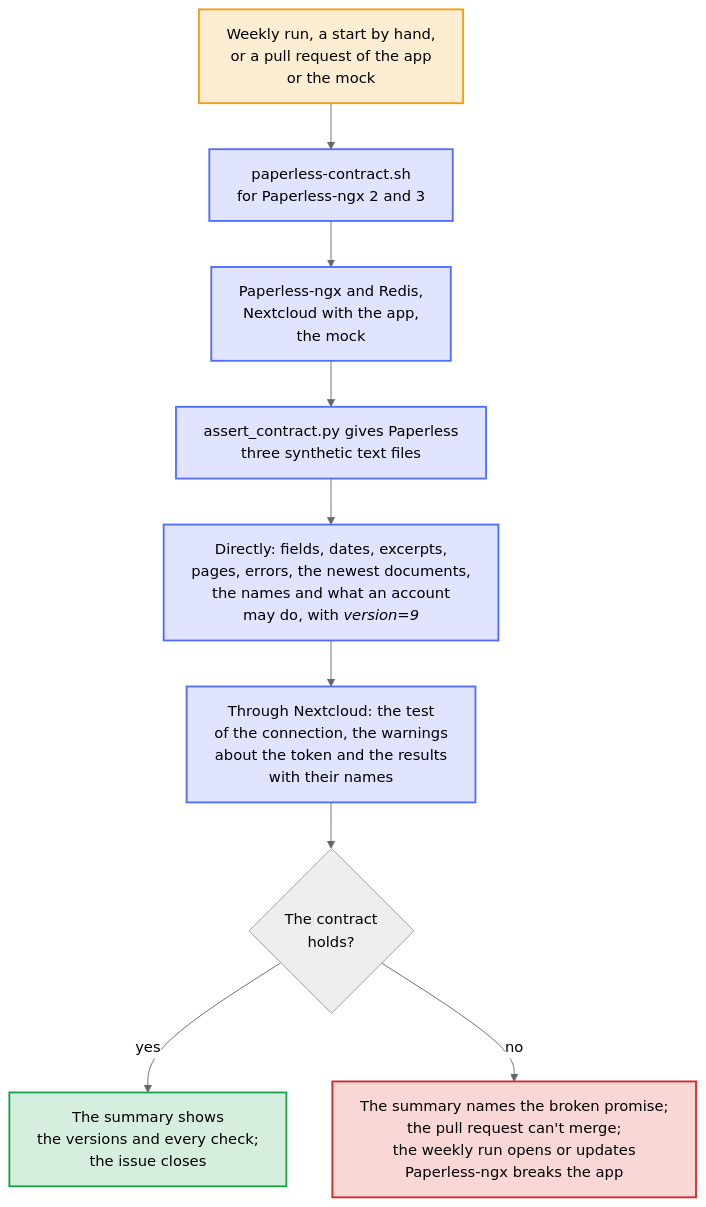
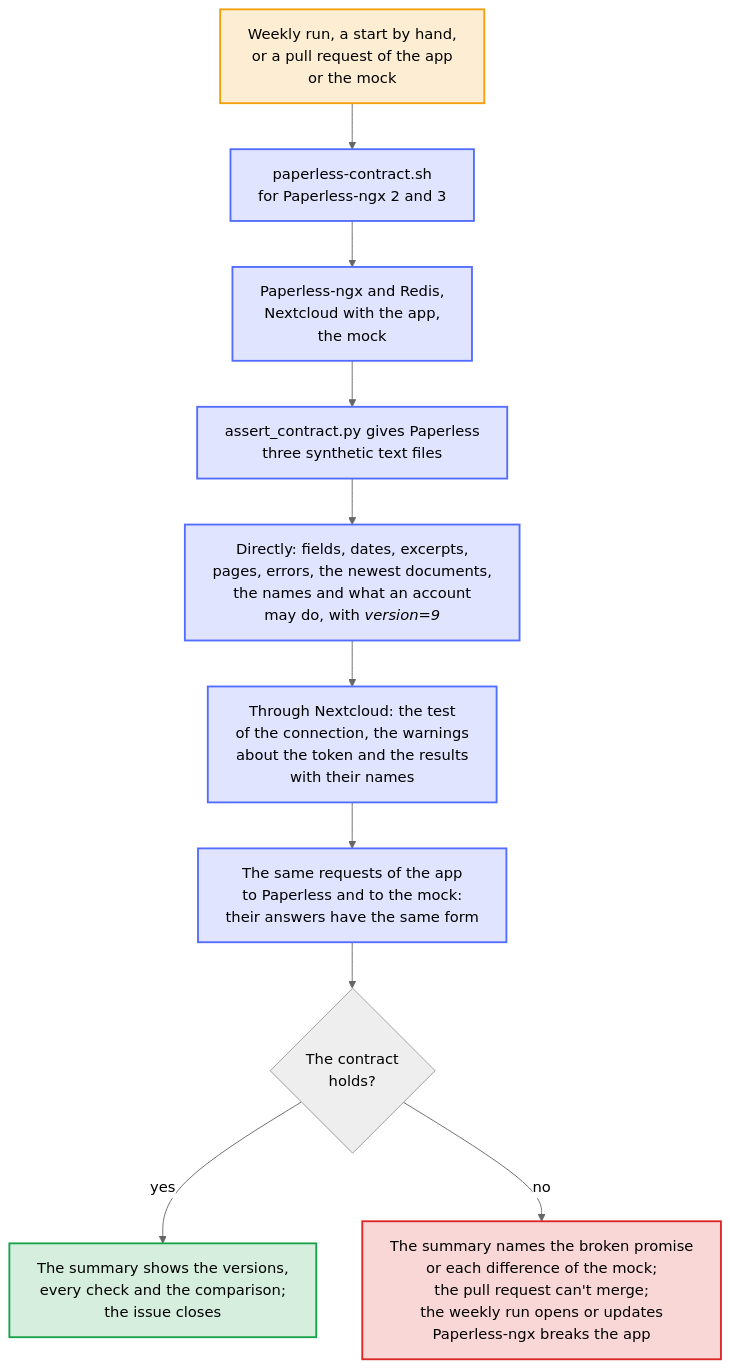
One commit to Dennis-Otto/paperless-unified-search changed the diagram in docs/diagrams/the-contract-with-paperless.mmd. Above: the diagram before and after it, drawn with Mermaid (neutral theme). The commit also changed 15 other files, not shown here.

First line of the commit message:
test(e2e): compare the Paperless mock with real Paperless-ngx in every contract run (#281)

```diff
--- a/docs/diagrams/the-contract-with-paperless.mmd
+++ b/docs/diagrams/the-contract-with-paperless.mmd
@@ -1,31 +1,32 @@
 ---
 config:
   flowchart:
     wrappingWidth: 400
 ---
 flowchart TB
     accTitle: The contract with a real Paperless-ngx
-    accDescr: Every Monday, when started by hand, and in a pull request that changes the app or the mock, the job paperless runs paperless-contract.sh for Paperless-ngx 2 and 3. It starts that Paperless with Redis, Nextcloud with the app and the mock, and assert_contract.py gives Paperless three synthetic text files. Then it checks, with the version of the API and the fields that the app asks for, the fields, dates, excerpts, pages and errors, the newest documents, the names of correspondents, types and tags and what /api/ui_settings/ says an account may do directly, and the test of the connection, the warnings about the token and the results with their names through Nextcloud. The summary of the job shows the versions and every check. A broken contract fails the required check, so the pull request can't merge; a failed weekly run opens or updates the issue Paperless-ngx breaks the app, and a run that passes closes it.
+    accDescr: Every Monday, when started by hand, and in a pull request that changes the app or the mock, the job paperless runs paperless-contract.sh for Paperless-ngx 2 and 3. It starts that Paperless with Redis, Nextcloud with the app and the mock, and assert_contract.py gives Paperless three synthetic text files. Then it checks, with the version of the API and the fields that the app asks for, the fields, dates, excerpts, pages and errors, the newest documents, the names of correspondents, types and tags and what /api/ui_settings/ says an account may do directly, and the test of the connection, the warnings about the token and the results with their names through Nextcloud. Then it sends the requests of the app to this Paperless and to the mock, whose answers have to have the same form. The summary of the job shows the versions, every check and every difference of the mock. A broken contract fails the required check, so the pull request can't merge; a failed weekly run opens or updates the issue Paperless-ngx breaks the app, and a run that passes closes it.
 
     trigger["Weekly run, a start by hand,<br>or a pull request of the app<br>or the mock"]
     script["paperless-contract.sh<br>for Paperless-ngx 2 and 3"]
     start["Paperless-ngx and Redis,<br>Nextcloud with the app,<br>the mock"]
     seed["assert_contract.py gives Paperless<br>three synthetic text files"]
     direct["`Directly: fields, dates, excerpts,<br>pages, errors, the newest documents,<br>the names and what an account<br>may do, with *version=9*`"]
     through["Through Nextcloud: the test<br>of the connection, the warnings<br>about the token and the results<br>with their names"]
+    mock["The same requests of the app<br>to Paperless and to the mock:<br>their answers have the same form"]
     holds{"The contract<br>holds?"}
-    passed["The summary shows<br>the versions and every check;<br>the issue closes"]
-    failed["The summary names the broken promise;<br>the pull request can't merge;<br>the weekly run opens or updates<br>Paperless-ngx breaks the app"]
+    passed["The summary shows the versions,<br>every check and the comparison;<br>the issue closes"]
+    failed["The summary names the broken promise<br>or each difference of the mock;<br>the pull request can't merge;<br>the weekly run opens or updates<br>Paperless-ngx breaks the app"]
 
-    trigger --> script --> start --> seed --> direct --> through --> holds
+    trigger --> script --> start --> seed --> direct --> through --> mock --> holds
     holds -- "yes" --> passed
     holds -- "no" --> failed
 
     classDef person fill:#f59e0b2e,stroke:#f59e0b,stroke-width:2px
     classDef bot fill:#526cfe2e,stroke:#526cfe,stroke-width:2px
     classDef done fill:#16a34a2e,stroke:#16a34a,stroke-width:2px
     classDef fail fill:#dc26262e,stroke:#dc2626,stroke-width:2px
     class trigger person
-    class script,start,seed,direct,through bot
+    class script,start,seed,direct,through,mock bot
     class passed done
     class failed fail
```
